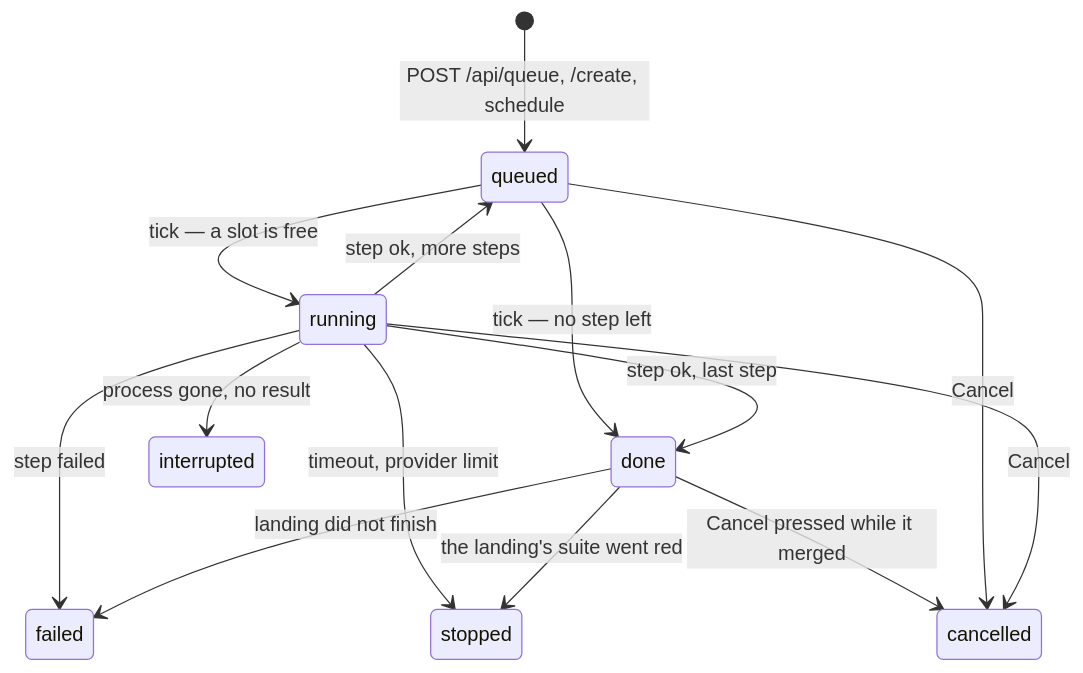
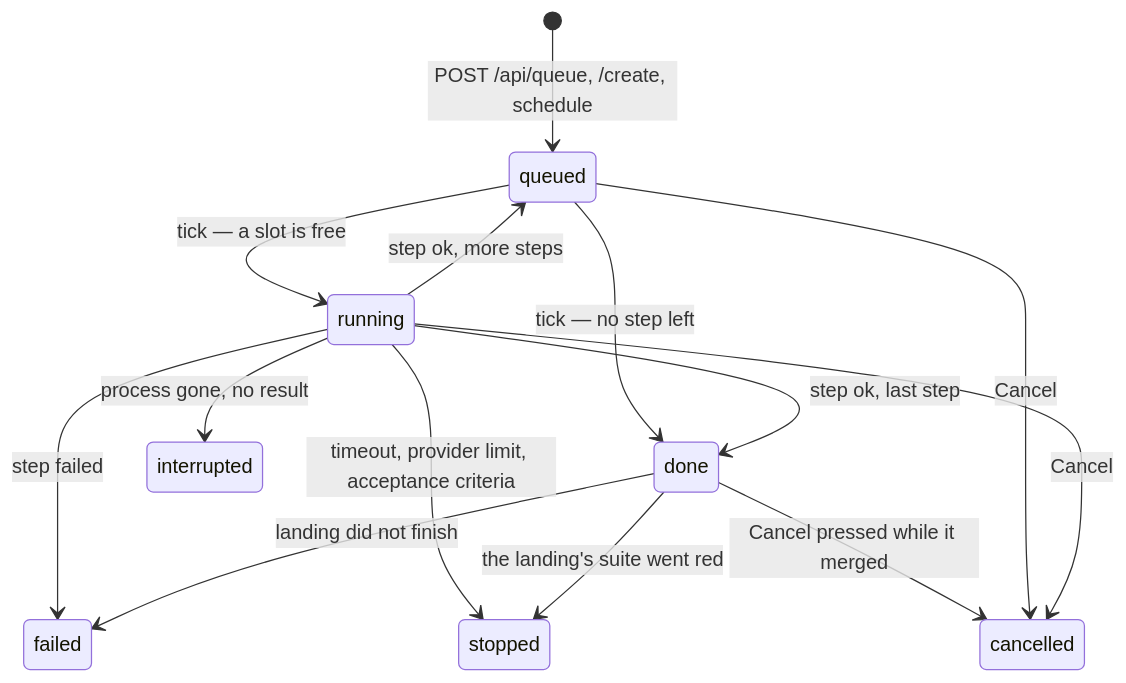
Before and after one commit to ragnarwestad/aide: the diagram in dashboard/docs/job-states.md, drawn with Mermaid. The commit also changed other lines of this file and 52 other files, not shown here.

First line of the commit message:
Let a project choose how strictly analyze checks acceptance criteria

````diff
--- a/dashboard/docs/job-states.md
+++ b/dashboard/docs/job-states.md
@@ -49,16 +49,16 @@
 ```mermaid
 stateDiagram-v2
     [*] --> queued: POST /api/queue, /create, schedule
     queued --> running: tick — a slot is free
     queued --> done: tick — no step left
     running --> queued: step ok, more steps
     running --> done: step ok, last step
-    running --> stopped: timeout, provider limit
+    running --> stopped: timeout, provider limit, acceptance criteria
     running --> failed: step failed
     running --> interrupted: process gone, no result
     done --> failed: landing did not finish
     done --> stopped: the landing's suite went red
     done --> cancelled: Cancel pressed while it merged
     queued --> cancelled: Cancel
     running --> cancelled: Cancel
 ```
````
